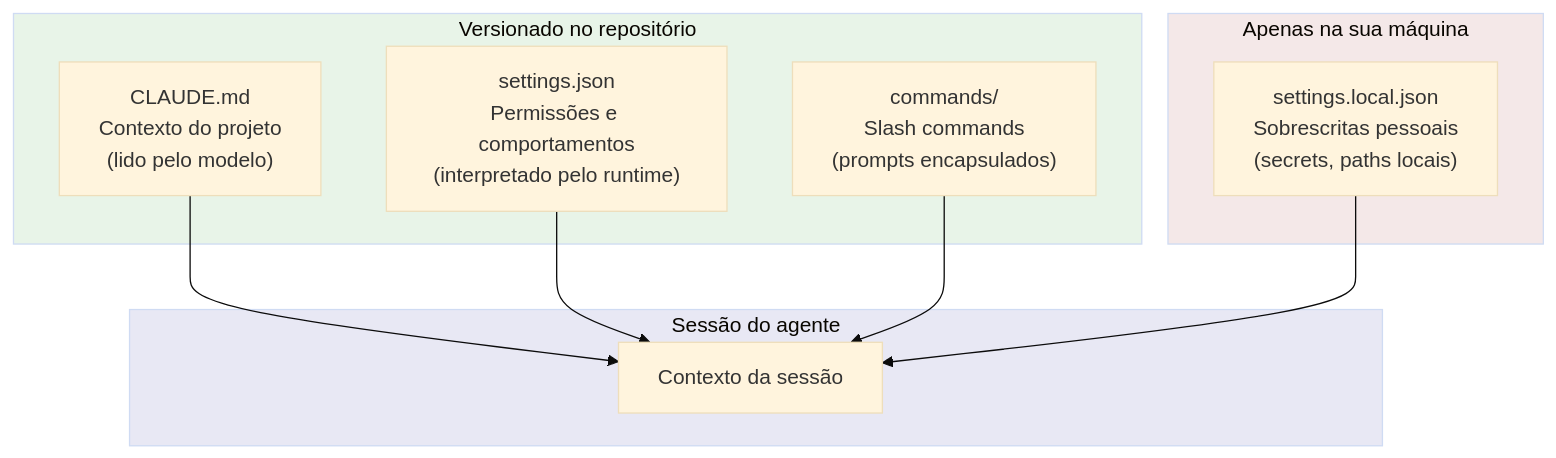
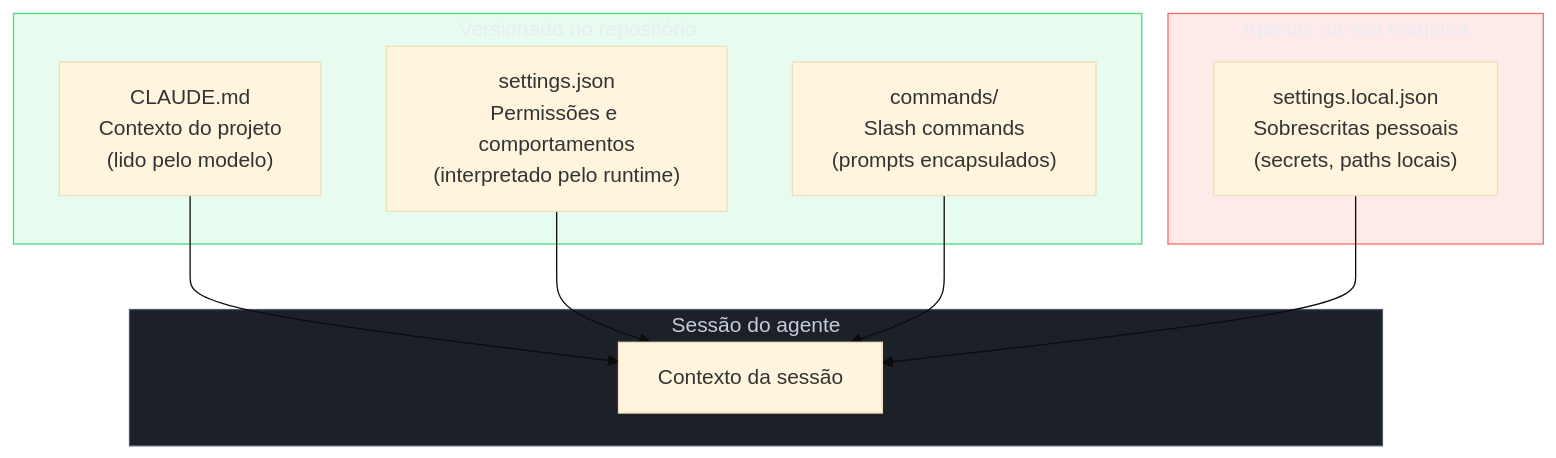
One commit to josenaldo/codex-technomanticus changed the first of 2 diagrams in 03-Dominios/Tecnologia/IA/Claude Code/Configuração/07 - Pasta .claude.md. Above: the diagram before and after it, drawn with Mermaid (base theme). The commit also changed 1181 other files, not shown here.

First line of the commit message:
fix(diagramas): paleta do sistema no lugar de cor cravada no markdown

````diff
--- a/03-Dominios/Tecnologia/IA/Claude Code/Configuração/07 - Pasta .claude.md
+++ b/03-Dominios/Tecnologia/IA/Claude Code/Configuração/07 - Pasta .claude.md
@@ -49,25 +49,28 @@
 ```mermaid
 flowchart TD
+    classDef ok fill:#4ADE8021,stroke:#4ADE80,color:#E9ECF2
+    classDef falha fill:#FF6B6B24,stroke:#FF6B6B,color:#E9ECF2
+    classDef neutro fill:#1B2029,stroke:#4E5666,color:#C6CCD8
     subgraph Git["Versionado no repositório"]
         CM["CLAUDE.md\nContexto do projeto\n(lido pelo modelo)"]
         SJ["settings.json\nPermissões e comportamentos\n(interpretado pelo runtime)"]
         CMD["commands/\nSlash commands\n(prompts encapsulados)"]
     end
 
     subgraph Local["Apenas na sua máquina"]
         SL["settings.local.json\nSobrescritas pessoais\n(secrets, paths locais)"]
     end
 
     subgraph Agent["Sessão do agente"]
         CTX["Contexto da sessão"]
     end
 
     CM --> CTX
     SJ --> CTX
     CMD --> CTX
     SL --> CTX
 
-    style Git fill:#e8f4e8
-    style Local fill:#f4e8e8
-    style Agent fill:#e8e8f4
+    class Git ok
+    class Local falha
+    class Agent neutro
 ```
````
